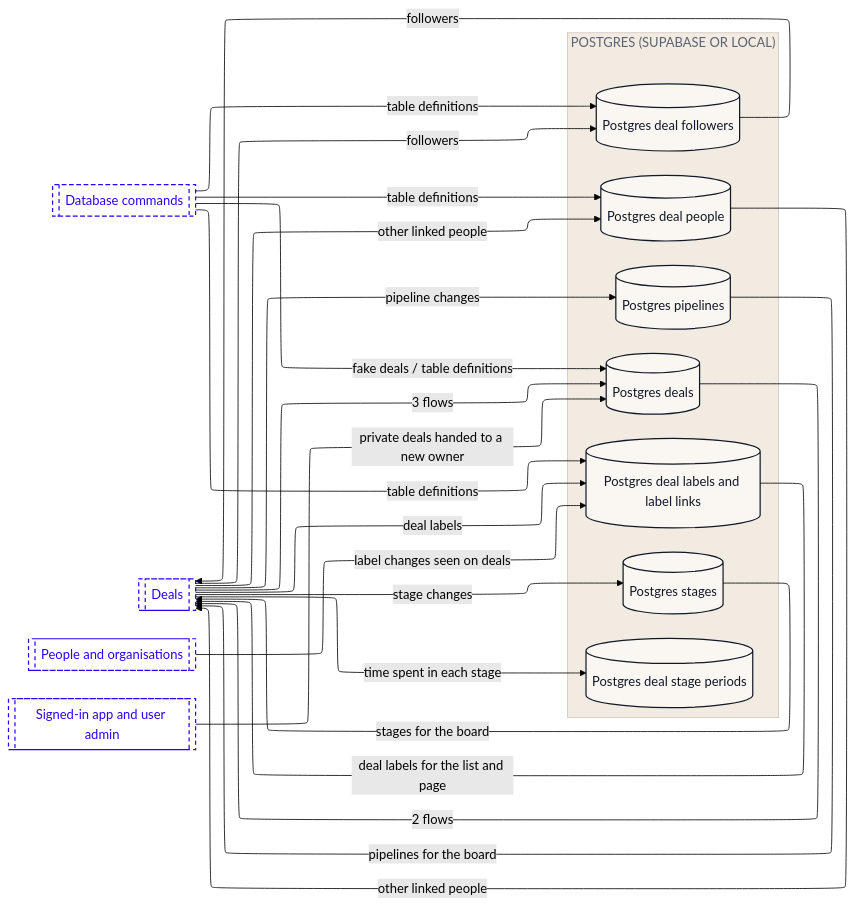
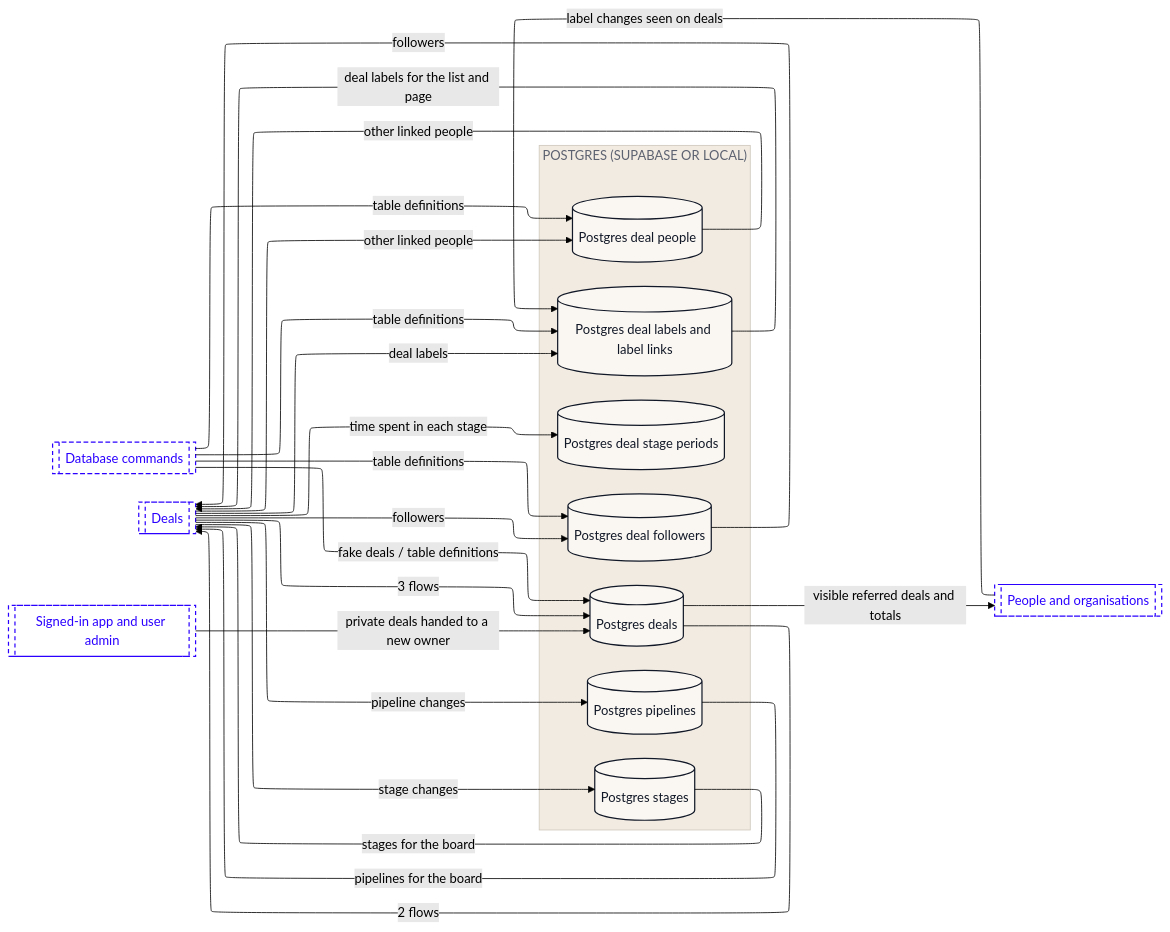
Before and after one commit to Romain-Perche/Barnacle-Pipe: the sixth of 10 diagrams in dataflow/DATAFLOW.md, drawn with Mermaid (forest theme). The commit also changed other lines of this file and 11 other files, not shown here.

````diff
--- a/dataflow/DATAFLOW.md
+++ b/dataflow/DATAFLOW.md
@@ -301,48 +302,49 @@
 ```mermaid
 ---
 config:
   layout: elk
 ---
 flowchart LR
     subgraph z1["POSTGRES (SUPABASE OR LOCAL)"]
         n1[("Postgres deal followers")]
         n2[("Postgres deal labels and label links")]
         n3[("Postgres deal people")]
         n4[("Postgres deal stage periods")]
         n5[("Postgres deals")]
         n6[("Postgres pipelines")]
         n7[("Postgres stages")]
     end
     n8[["Database commands"]]
     n9[["Deals"]]
     n10[["People and organisations"]]
     n11[["Signed-in app and user admin"]]
     n10 -->|"label changes seen on deals"| n2
     n1 -->|"followers"| n9
     n2 -->|"deal labels for the list and page"| n9
     n3 -->|"other linked people"| n9
     n9 -->|"followers"| n1
     n9 -->|"deal labels"| n2
     n9 -->|"other linked people"| n3
     n9 -->|"time spent in each stage"| n4
     n9 -->|"3 flows"| n5
+    n5 -->|"visible referred deals and totals"| n10
     n5 -->|"2 flows"| n9
     n8 -->|"table definitions"| n1
     n8 -->|"table definitions"| n2
     n8 -->|"table definitions"| n3
     n8 -->|"fake deals / table definitions"| n5
     n9 -->|"pipeline changes"| n6
     n9 -->|"stage changes"| n7
     n6 -->|"pipelines for the board"| n9
     n7 -->|"stages for the board"| n9
     n11 -->|"private deals handed to a new owner"| n5
     classDef actor fill:#FFFFFF,stroke:#111827,stroke-width:1px,color:#111827
     classDef process fill:#EDEAFF,stroke:#2B00FF,stroke-width:1.5px,color:#111827
     classDef store fill:#FAF6F1,stroke:#111827,stroke-width:1.5px,color:#111827
     classDef zone fill:#1A1A1A,stroke:#1A1A1A,color:#FFFFFF
     classDef group fill:#2B00FF,stroke:#2B00FF,color:#FFFFFF
     classDef stub fill:#FFFFFF,stroke:#2B00FF,stroke-width:1.5px,stroke-dasharray:5 4,color:#2B00FF
     class n1,n2,n3,n4,n5,n6,n7 store
     class n8,n9,n10,n11 stub
     style z1 fill:#F1EBE2,stroke:#CFC7BB,color:#5D6270
 ```
````
